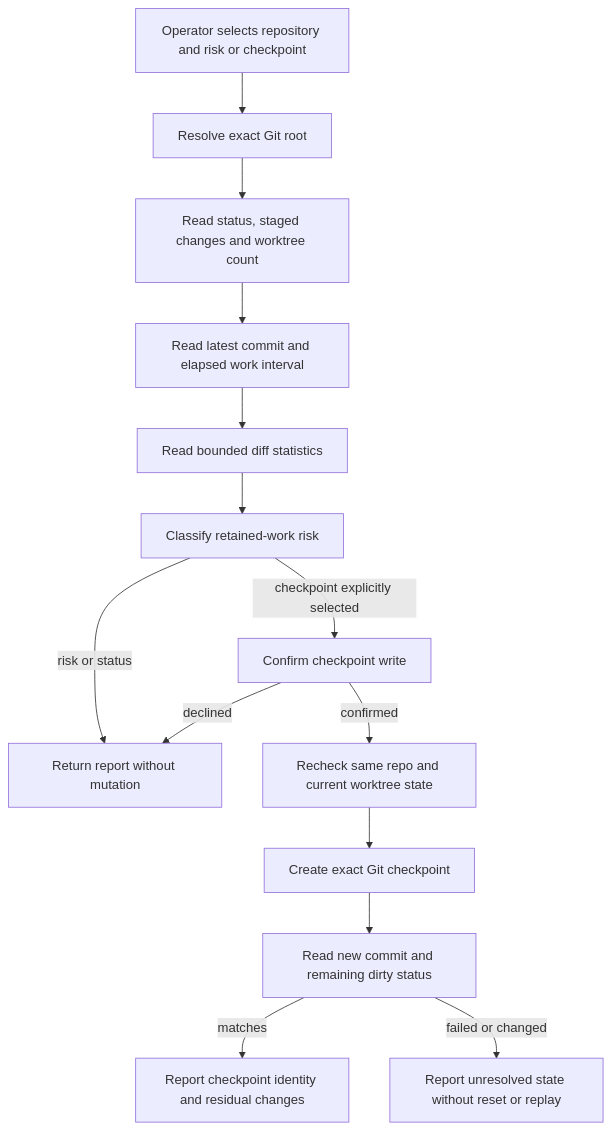
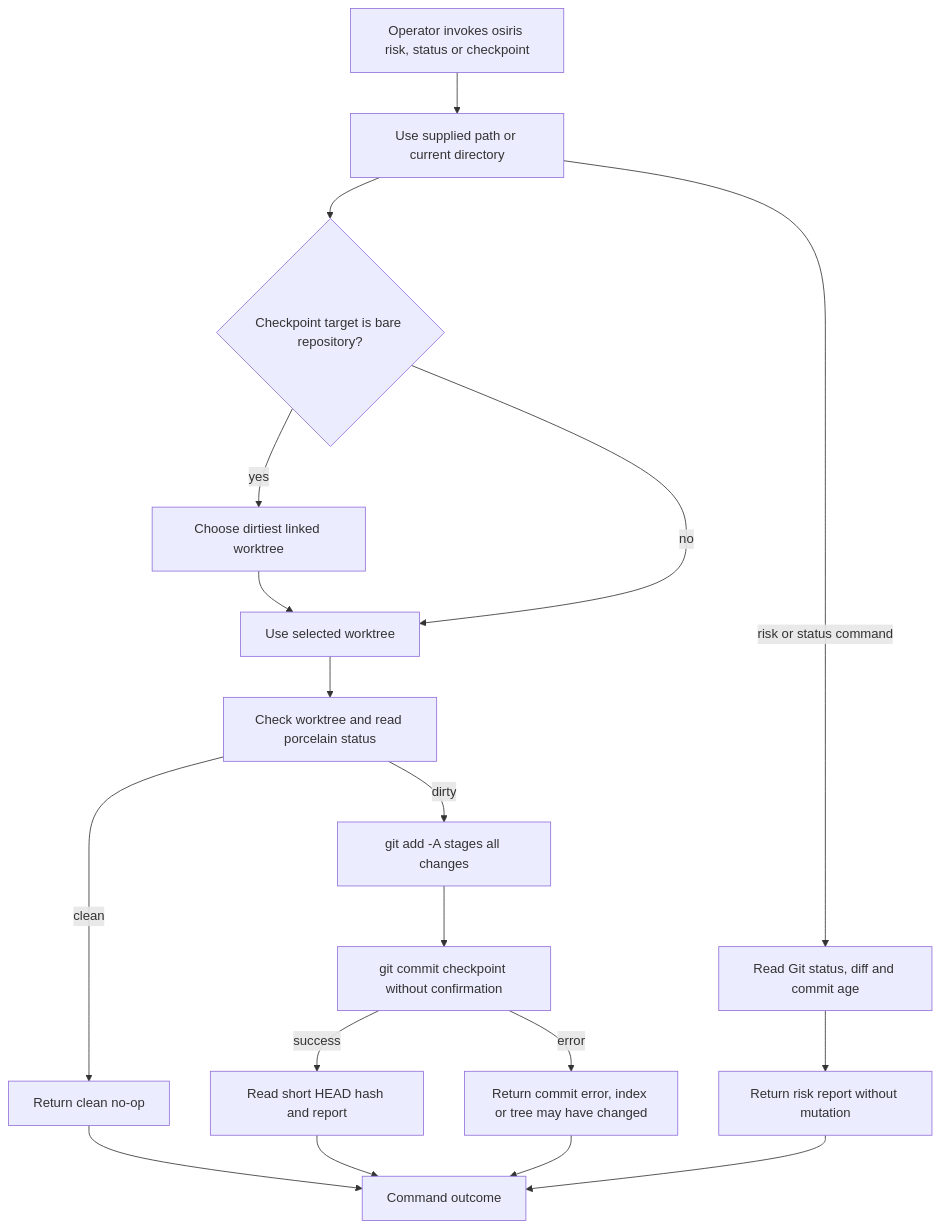
One commit to SirsiMaster/sirsi-pantheon changed diagram 24 of 45 in docs/stacklab/pantheon-pt/canon/DIAGRAMS_PRODUCT_OPERATIONS.md. Above: the diagram before and after it, drawn with Mermaid. The commit also changed other lines of this file and 2 other files, not shown here.

Commit message:
docs(stacklab): align workflow diagrams with actual effects and recovery

````diff
--- a/docs/stacklab/pantheon-pt/canon/DIAGRAMS_PRODUCT_OPERATIONS.md
+++ b/docs/stacklab/pantheon-pt/canon/DIAGRAMS_PRODUCT_OPERATIONS.md
@@ -634,16 +678,20 @@
 ```mermaid
 flowchart TD
-  U[Operator selects repository and risk or checkpoint] --> ROOT[Resolve exact Git root]
-  ROOT --> STATUS[Read status, staged changes and worktree count]
-  STATUS --> AGE[Read latest commit and elapsed work interval]
-  AGE --> STAT[Read bounded diff statistics]
-  STAT --> RISK[Classify retained-work risk]
-  RISK -->|risk or status| REPORT[Return report without mutation]
-  RISK -->|checkpoint explicitly selected| ASK[Confirm checkpoint write]
-  ASK -->|declined| REPORT
-  ASK -->|confirmed| VERIFY[Recheck same repo and current worktree state]
-  VERIFY --> COMMIT[Create exact Git checkpoint]
-  COMMIT --> READBACK[Read new commit and remaining dirty status]
-  READBACK -->|matches| DONE[Report checkpoint identity and residual changes]
-  READBACK -->|failed or changed| OPEN[Report unresolved state without reset or replay]
+  OP[Operator invokes osiris risk, status or checkpoint] --> PATH[Use supplied path or current directory]
+  PATH --> BARE{Checkpoint target is bare repository?}
+  BARE -->|yes| CHOOSE[Choose dirtiest linked worktree]
+  BARE -->|no| TARGET[Use selected worktree]
+  CHOOSE --> TARGET
+  TARGET --> CHECK[Check worktree and read porcelain status]
+  CHECK -->|clean| NOOP[Return clean no-op]
+  CHECK -->|dirty| ADD[git add -A stages all changes]
+  ADD --> COMMIT[git commit checkpoint without confirmation]
+  COMMIT -->|success| HASH[Read short HEAD hash and report]
+  COMMIT -->|error| ERROR[Return commit error, index or tree may have changed]
+  PATH -->|risk or status command| ASSESS[Read Git status, diff and commit age]
+  ASSESS --> REPORT[Return risk report without mutation]
+  HASH --> OUT[Command outcome]
+  NOOP --> OUT
+  ERROR --> OUT
+  REPORT --> OUT
 ```
````
